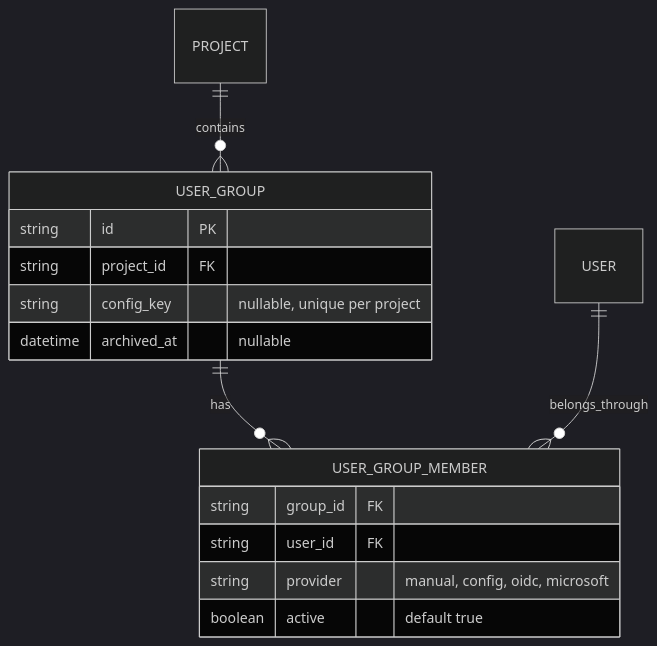
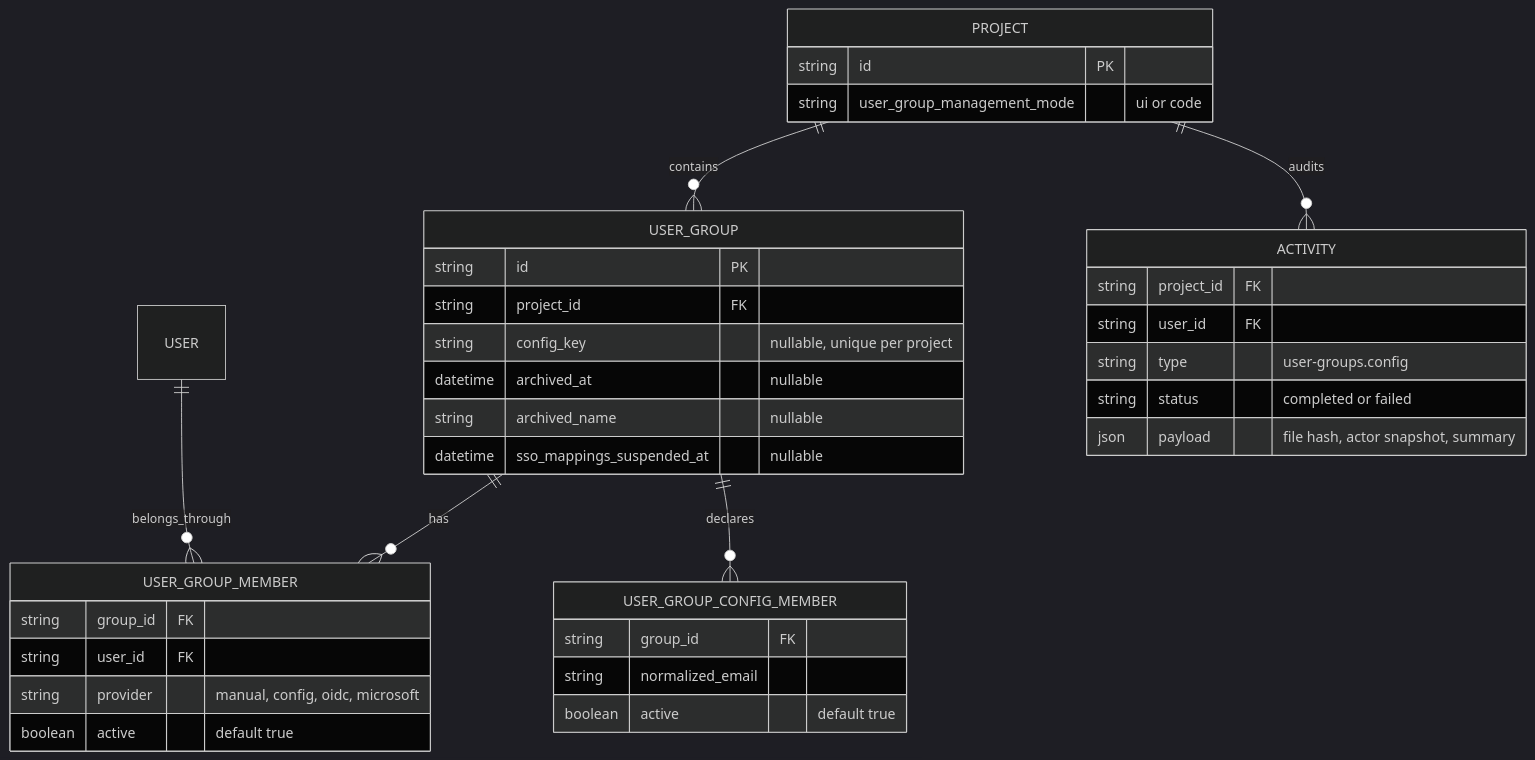
The third of 3 diagrams in USER_GROUPS_AS_CODE.md (getnao/nao), drawn with Mermaid (dark theme) before and after one commit. The commit also changed other lines of this file and 64 other files, not shown here.

````diff
--- a/USER_GROUPS_AS_CODE.md
+++ b/USER_GROUPS_AS_CODE.md
@@ -84,20 +277,43 @@
 ```mermaid
 erDiagram
     PROJECT ||--o{ USER_GROUP : contains
     USER_GROUP ||--o{ USER_GROUP_MEMBER : has
+    USER_GROUP ||--o{ USER_GROUP_CONFIG_MEMBER : declares
     USER ||--o{ USER_GROUP_MEMBER : belongs_through
+    PROJECT ||--o{ ACTIVITY : audits
+
+    PROJECT {
+        string id PK
+        string user_group_management_mode "ui or code"
+    }
 
     USER_GROUP {
         string id PK
         string project_id FK
         string config_key "nullable, unique per project"
         datetime archived_at "nullable"
+        string archived_name "nullable"
+        datetime sso_mappings_suspended_at "nullable"
     }
 
     USER_GROUP_MEMBER {
         string group_id FK
         string user_id FK
         string provider "manual, config, oidc, microsoft"
         boolean active "default true"
     }
+
+    USER_GROUP_CONFIG_MEMBER {
+        string group_id FK
+        string normalized_email
+        boolean active "default true"
+    }
+
+    ACTIVITY {
+        string project_id FK
+        string user_id FK
+        string type "user-groups.config"
+        string status "completed or failed"
+        json payload "file hash, actor snapshot, summary"
+    }
 ```
````
